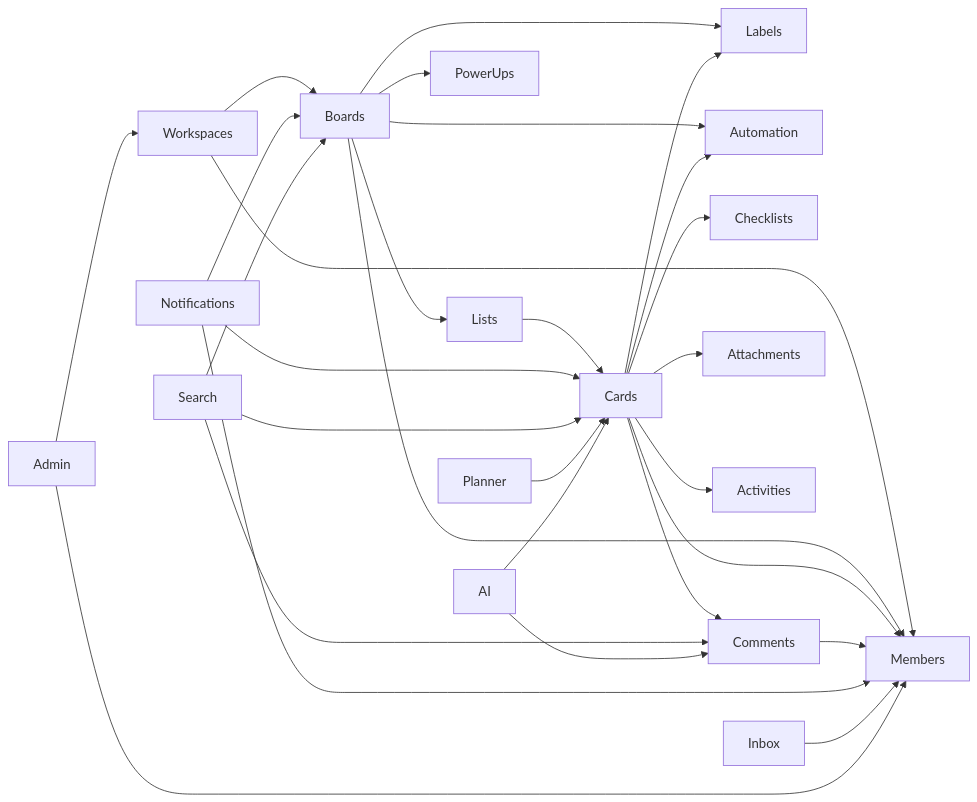
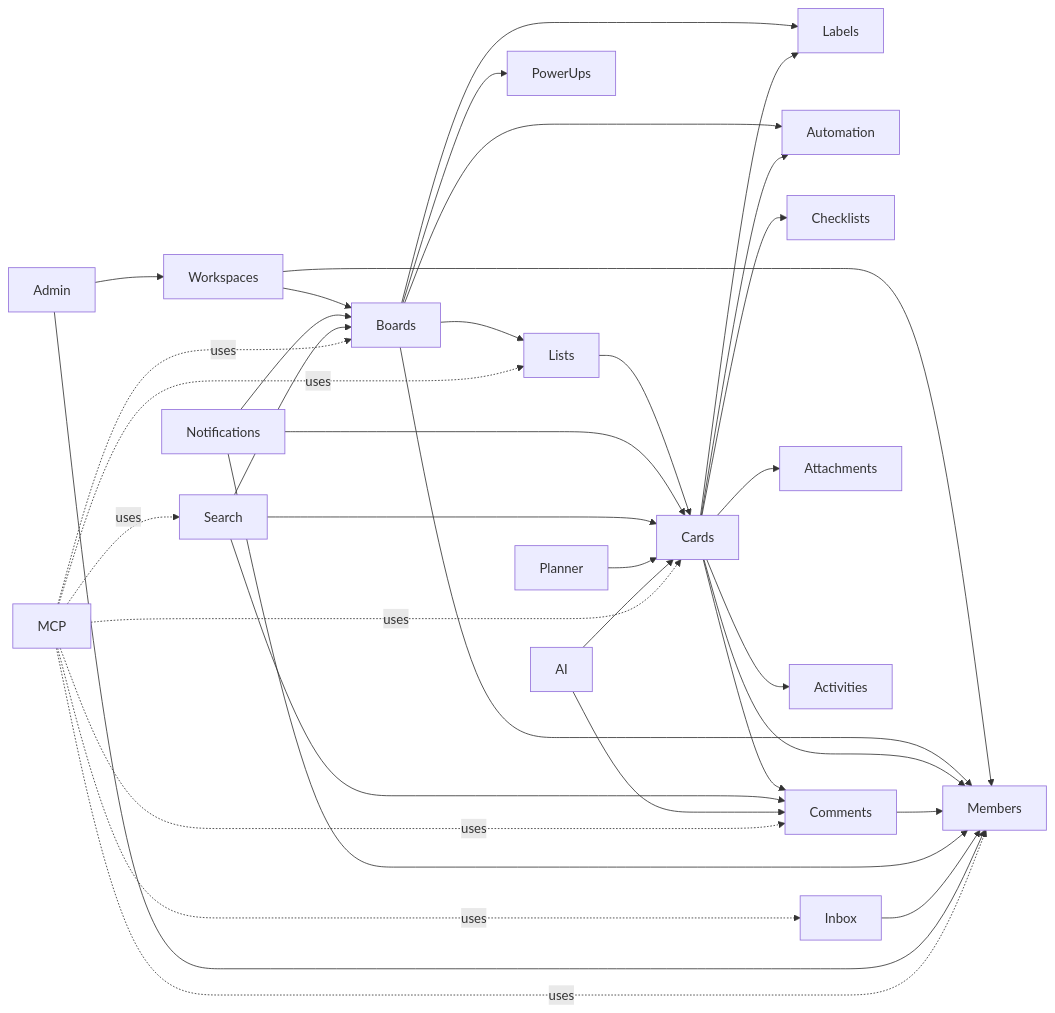
Before and after one commit to FittyAr/Cardscape: the diagram in docs/architecture/01-bounded-contexts.md, drawn with Mermaid. The commit also changed other lines of this file and 15 other files, not shown here.

````diff
--- a/docs/architecture/01-bounded-contexts.md
+++ b/docs/architecture/01-bounded-contexts.md
@@ -63,31 +66,40 @@
 ```mermaid
 flowchart LR
     Workspaces --> Boards
     Workspaces --> Members
     Boards --> Lists
     Boards --> Members
     Boards --> Labels
     Boards --> PowerUps
     Boards --> Automation
     Lists --> Cards
     Cards --> Checklists
     Cards --> Comments
     Cards --> Attachments
     Cards --> Activities
     Cards --> Labels
     Cards --> Members
     Cards --> Automation
     Comments --> Members
     Notifications --> Cards
     Notifications --> Boards
     Notifications --> Members
     Search --> Boards
     Search --> Cards
     Search --> Comments
     Inbox --> Members
     Planner --> Cards
     AI --> Cards
     AI --> Comments
     Admin --> Workspaces
     Admin --> Members
+
+    %% MCP is a thin transport; it talks to every other context
+    MCP -.uses.-> Boards
+    MCP -.uses.-> Lists
+    MCP -.uses.-> Cards
+    MCP -.uses.-> Comments
+    MCP -.uses.-> Members
+    MCP -.uses.-> Search
+    MCP -.uses.-> Inbox
 ```
````
